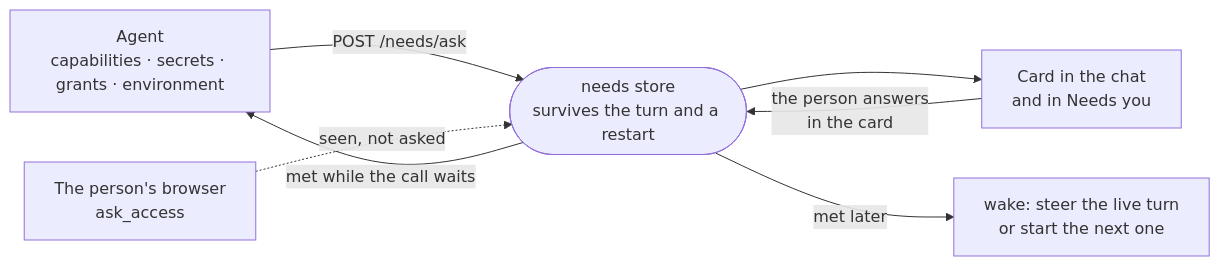
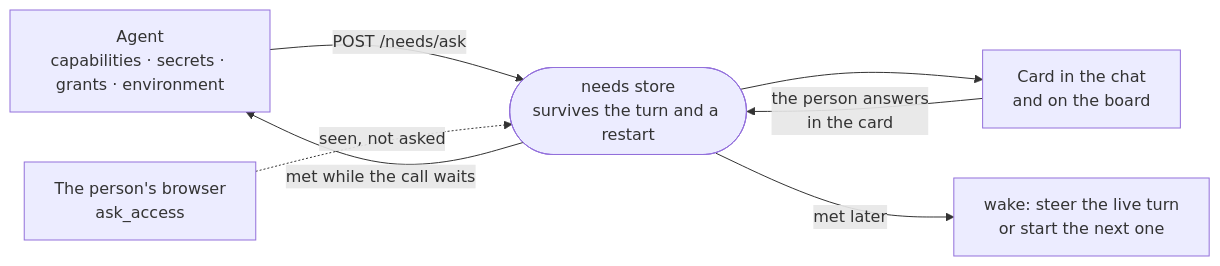
The diagram in docs/architecture/needs.md (intentic/intentic), drawn with Mermaid before and after one commit. The commit also changed other lines of this file and 49 other files, not shown here.

Commit message:
feat: needs you moved out to extension

````diff
--- a/docs/architecture/needs.md
+++ b/docs/architecture/needs.md
@@ -5,9 +5,9 @@
 ```mermaid
 flowchart LR
     agent["Agent<br/>capabilities · secrets · grants · environment"] -->|"POST /needs/ask"| store(["needs store<br/>survives the turn and a restart"])
     browser["The person's browser<br/>ask_access"] -.->|"seen, not asked"| store
-    store --> card["Card in the chat<br/>and in Needs you"]
+    store --> card["Card in the chat<br/>and on the board"]
     card -->|"the person answers<br/>in the card"| store
     store -->|"met while the call waits"| agent
     store -->|"met later"| wake["wake: steer the live turn<br/>or start the next one"]
 ```
````
